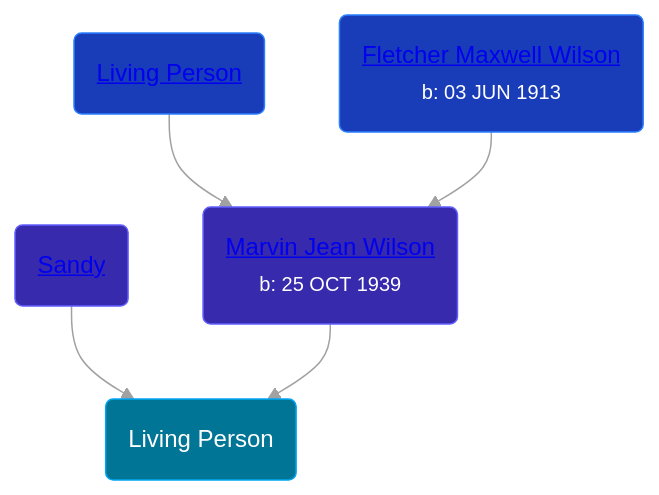
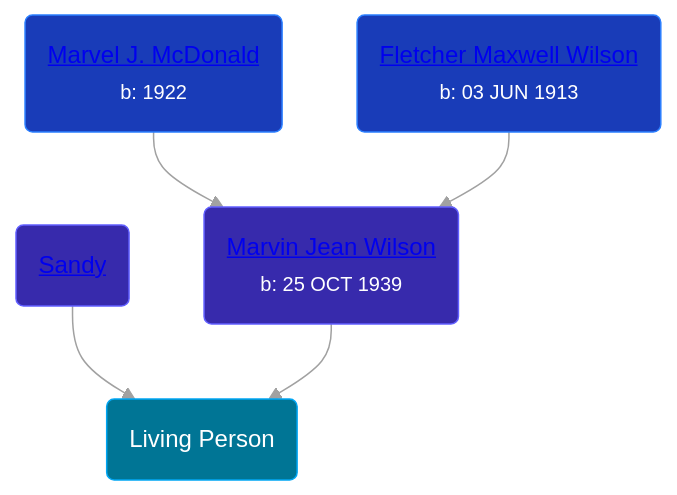
Before and after one commit to wpmgotkh/wpmgotkh.github.io: the diagram in pages/people/9/9874246.md, drawn with Mermaid. The commit also changed 257 other files, not shown here.

````diff
--- a/pages/people/9/9874246.md
+++ b/pages/people/9/9874246.md
@@ -10,12 +10,12 @@
 ```mermaid
 graph
 classDef grands fill:#193cb8,stroke:#2b7fff,stroke-width:1px,color:#fff;
 classDef parents fill:#372aac,stroke:#615fff,stroke-width:1px,color:#fff;
 classDef primary fill:#007595,stroke:#00a6f4,stroke-width:1px,color:#fff;
 9874246(Living Person):::primary
 30798033(<a class="text-white" href="/people/3/30798033">Sandy </a>):::parents-->9874246
 40728128(<a class="text-white" href="/people/4/40728128">Marvin Jean Wilson</a><br /><small>b: 25 OCT 1939</small>):::parents-->9874246
-1324224(<a class="text-white" href="/people/1/1324224">Living Person</a>):::grands-->40728128
+1324224(<a class="text-white" href="/people/1/1324224">Marvel J. McDonald</a><br /><small>b: 1922</small>):::grands-->40728128
 32597724(<a class="text-white" href="/people/3/32597724">Fletcher Maxwell Wilson</a><br /><small>b: 03 JUN 1913</small>):::grands-->40728128
 linkStyle default stroke:#a1a1a1
 ```
````
